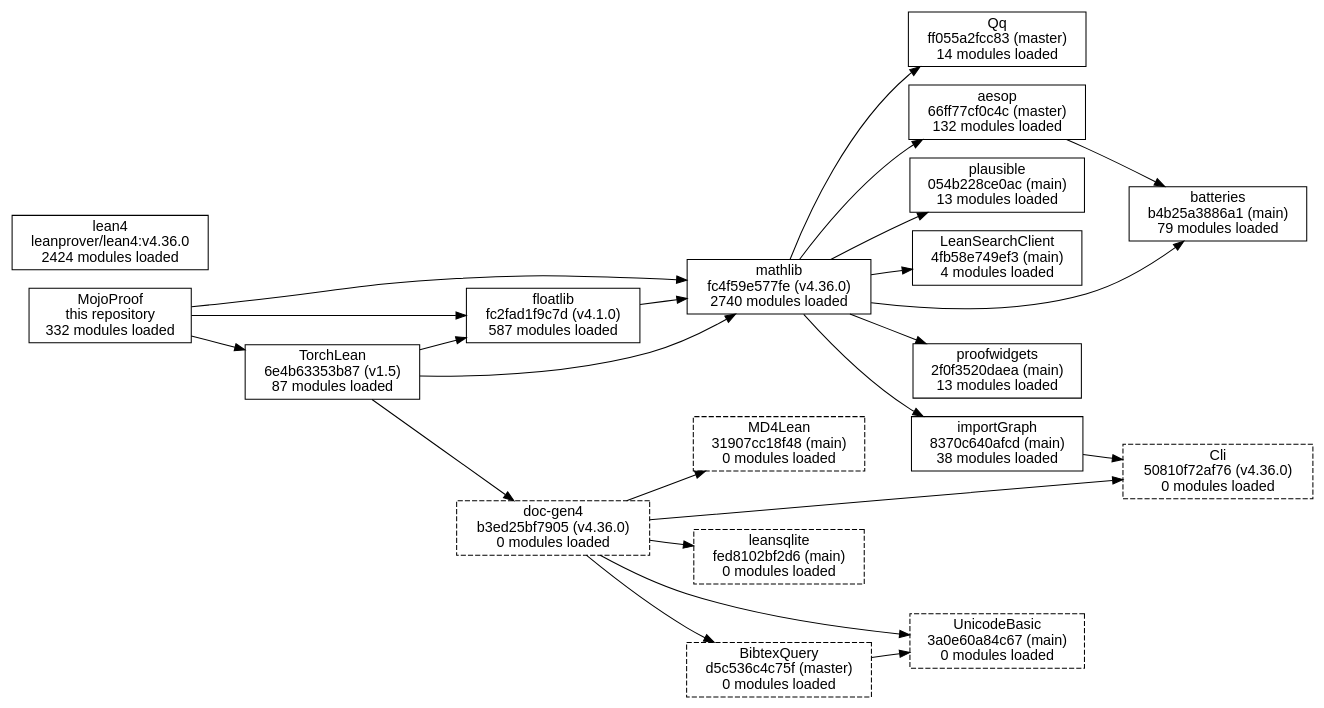
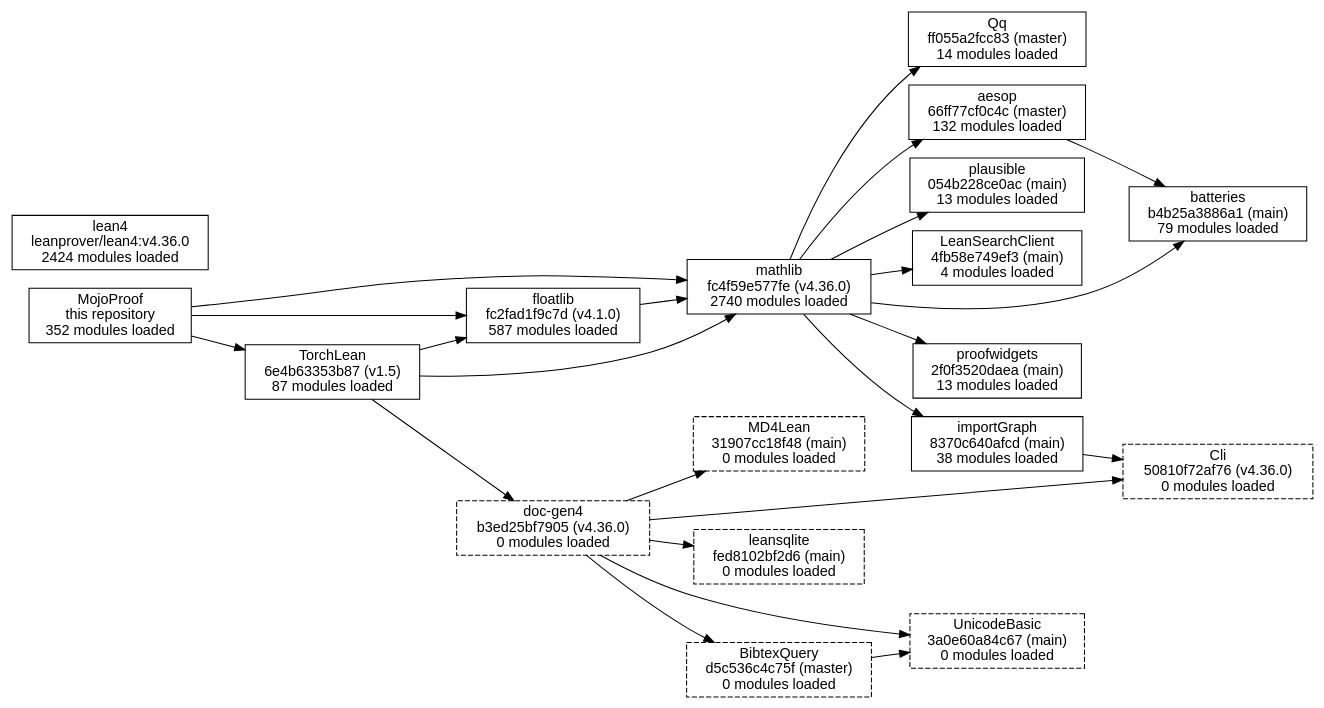
One commit to Robertboy18/MojoProof changed the diagram in docs/deps/packages.dot. Above: the diagram before and after it, drawn with Graphviz. The commit also changed 99 other files, not shown here.

First line of the commit message:
Daily update 2026-11-27: the proofs, docs and roadmap as of dev 67bd004

```diff
--- a/docs/deps/packages.dot
+++ b/docs/deps/packages.dot
@@ -1,44 +1,44 @@
 digraph packages {
   rankdir=LR;
   node [shape=box, fontname="Helvetica"];
-  "MojoProof" [label="MojoProof\nthis repository\n332 modules loaded"];
+  "MojoProof" [label="MojoProof\nthis repository\n352 modules loaded"];
   "mathlib" [label="mathlib\nfc4f59e577fe (v4.36.0)\n2740 modules loaded"];
   "TorchLean" [label="TorchLean\n6e4b63353b87 (v1.5)\n87 modules loaded"];
   "floatlib" [label="floatlib\nfc2fad1f9c7d (v4.1.0)\n587 modules loaded"];
   "plausible" [label="plausible\n054b228ce0ac (main)\n13 modules loaded"];
   "LeanSearchClient" [label="LeanSearchClient\n4fb58e749ef3 (main)\n4 modules loaded"];
   "importGraph" [label="importGraph\n8370c640afcd (main)\n38 modules loaded"];
   "proofwidgets" [label="proofwidgets\n2f0f3520daea (main)\n13 modules loaded"];
   "aesop" [label="aesop\n66ff77cf0c4c (master)\n132 modules loaded"];
   "Qq" [label="Qq\nff055a2fcc83 (master)\n14 modules loaded"];
   "batteries" [label="batteries\nb4b25a3886a1 (main)\n79 modules loaded"];
   "doc-gen4" [label="doc-gen4\nb3ed25bf7905 (v4.36.0)\n0 modules loaded", style="dashed"];
   "Cli" [label="Cli\n50810f72af76 (v4.36.0)\n0 modules loaded", style="dashed"];
   "leansqlite" [label="leansqlite\nfed8102bf2d6 (main)\n0 modules loaded", style="dashed"];
   "UnicodeBasic" [label="UnicodeBasic\n3a0e60a84c67 (main)\n0 modules loaded", style="dashed"];
   "BibtexQuery" [label="BibtexQuery\nd5c536c4c75f (master)\n0 modules loaded", style="dashed"];
   "MD4Lean" [label="MD4Lean\n31907cc18f48 (main)\n0 modules loaded", style="dashed"];
   "lean4" [label="lean4\nleanprover/lean4:v4.36.0\n2424 modules loaded"];
   "BibtexQuery" -> "UnicodeBasic";
   "MojoProof" -> "TorchLean";
   "MojoProof" -> "floatlib";
   "MojoProof" -> "mathlib";
   "TorchLean" -> "doc-gen4";
   "TorchLean" -> "floatlib";
   "TorchLean" -> "mathlib";
   "aesop" -> "batteries";
   "doc-gen4" -> "BibtexQuery";
   "doc-gen4" -> "Cli";
   "doc-gen4" -> "MD4Lean";
   "doc-gen4" -> "UnicodeBasic";
   "doc-gen4" -> "leansqlite";
   "floatlib" -> "mathlib";
   "importGraph" -> "Cli";
   "mathlib" -> "LeanSearchClient";
   "mathlib" -> "Qq";
   "mathlib" -> "aesop";
   "mathlib" -> "batteries";
   "mathlib" -> "importGraph";
   "mathlib" -> "plausible";
   "mathlib" -> "proofwidgets";
 }
```
